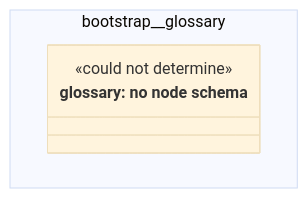
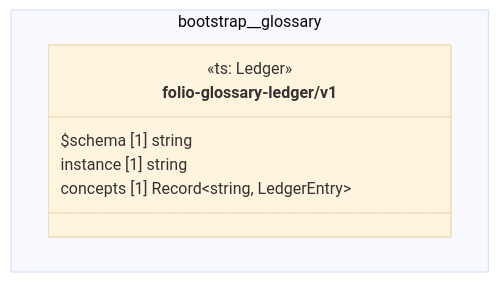
The diagram in cat-harness/docs/uml/overview/bootstrap/glossary.md (litlfred/folio-assistant), drawn with Mermaid (base theme) before and after one commit. The commit also changed other lines of this file and 220 other files, not shown here.

First line of the commit message:
quda: register node schemas for the graph kinds that had none

````diff
--- a/cat-harness/docs/uml/overview/bootstrap/glossary.md
+++ b/cat-harness/docs/uml/overview/bootstrap/glossary.md
@@ -12,11 +12,13 @@
 ```mermaid
 classDiagram
   direction TB
   namespace bootstrap__glossary {
-    class n_bootstrap_glossary_glossary["glossary: no node schema"] {
-      <<could not determine>>
+    class bootstrap_glossary_folio_glossary_ledger_v1["folio-glossary-ledger/v1"] {
+      <<ts: Ledger>>
+      $schema [1] string
+      instance [1] string
+      concepts [1] Record~string, LedgerEntry~
     }
   }
-  cssClass "n_bootstrap_glossary_glossary" fa_uml_kind_glossary
-  cssClass "n_bootstrap_glossary_glossary" fa_uml_undetermined
+  cssClass "bootstrap_glossary_folio_glossary_ledger_v1" fa_uml_kind_glossary
 ```
````
